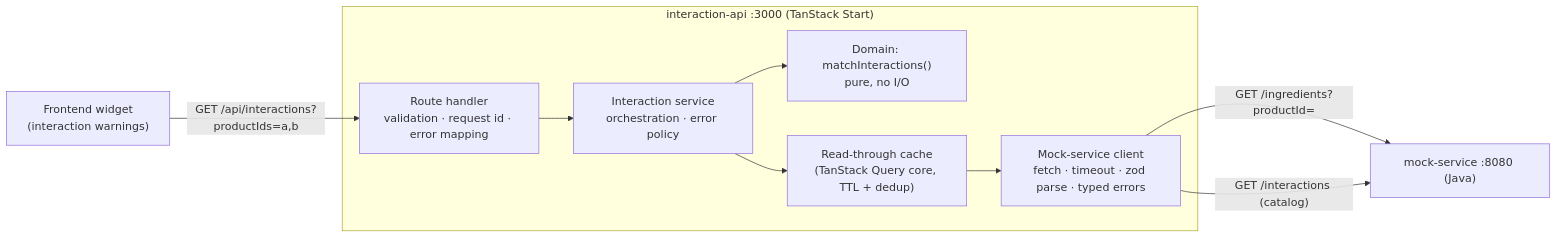
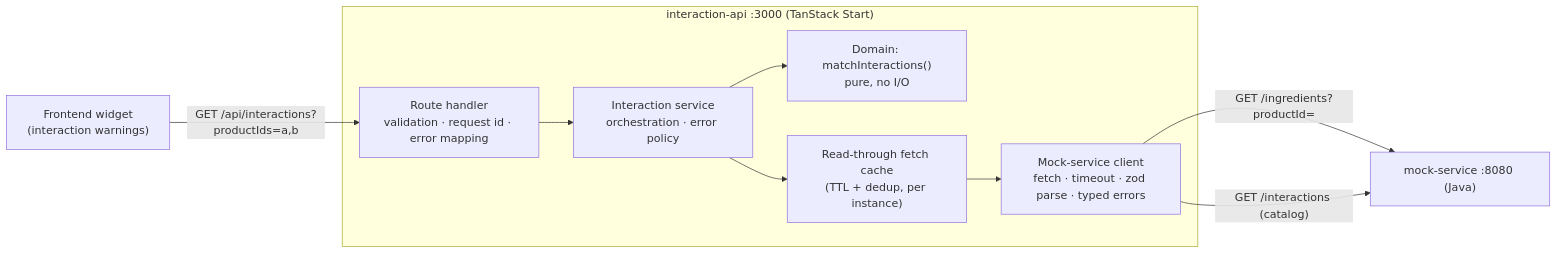
The first of 3 diagrams in docs/architecture.md (hkashlan/redcare-interactions), drawn with Mermaid before and after one commit. The commit also changed other lines of this file and 8 other files, not shown here.

````diff
--- a/docs/architecture.md
+++ b/docs/architecture.md
@@ -7,20 +7,20 @@
 ```mermaid
 flowchart LR
     Widget["Frontend widget<br/>(interaction warnings)"]
     subgraph interactionApi ["interaction-api :3000 (TanStack Start)"]
         Handler["Route handler<br/>validation · request id · error mapping"]
         Service["Interaction service<br/>orchestration · error policy"]
         Domain["Domain: matchInteractions()<br/>pure, no I/O"]
-        Cache["Read-through cache<br/>(TanStack Query core, TTL + dedup)"]
+        Cache["Read-through fetch cache<br/>(TTL + dedup, per instance)"]
         Client["Mock-service client<br/>fetch · timeout · zod parse · typed errors"]
     end
     Mock["mock-service :8080 (Java)"]
 
     Widget -->|"GET /api/interactions?productIds=a,b"| Handler
     Handler --> Service
     Service --> Domain
     Service --> Cache
     Cache --> Client
     Client -->|"GET /ingredients?productId="| Mock
     Client -->|"GET /interactions (catalog)"| Mock
 ```
````
